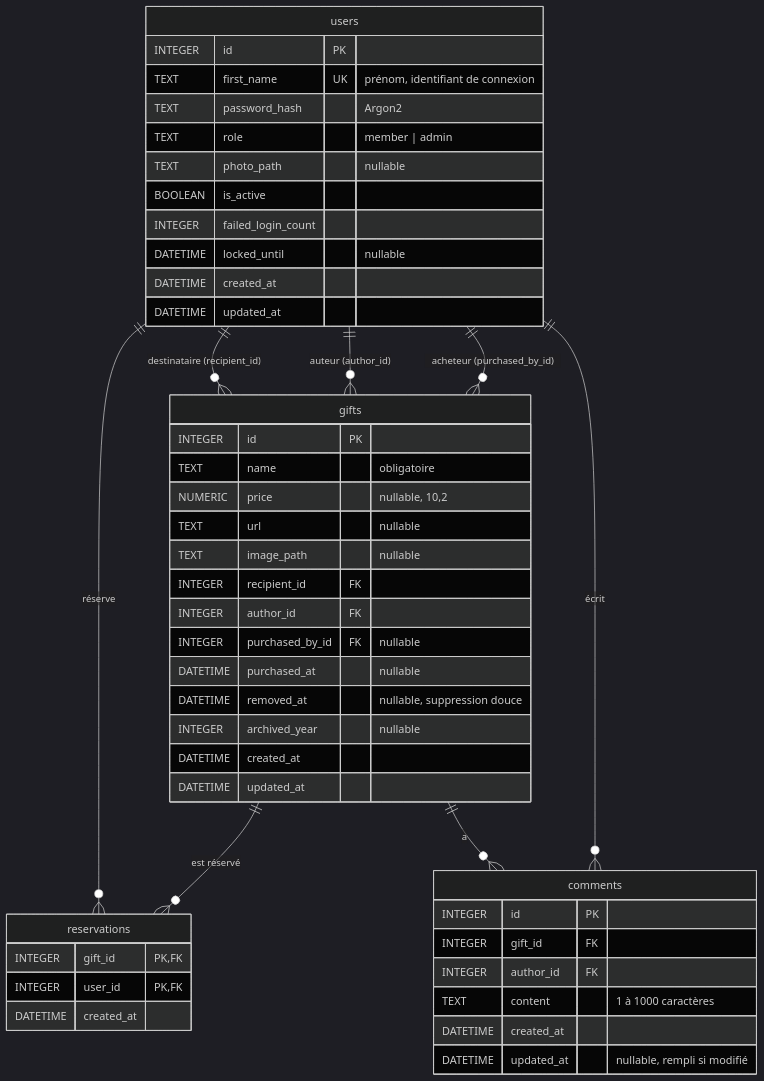
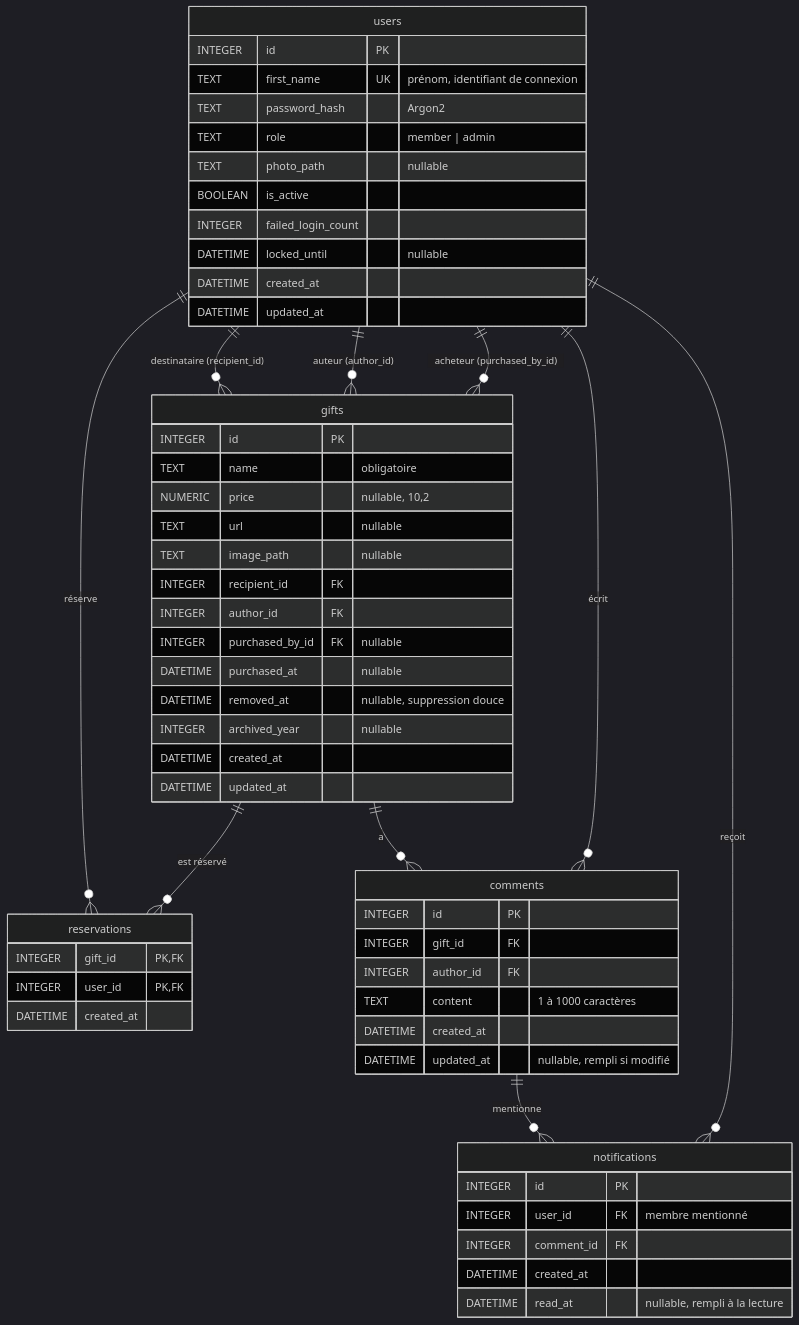
Before and after one commit to sogluk76/listeNoel: the diagram in docs/03-modele-donnees.md, drawn with Mermaid (dark theme). The commit also changed other lines of this file and 29 other files, not shown here.

````diff
--- a/docs/03-modele-donnees.md
+++ b/docs/03-modele-donnees.md
@@ -7,54 +7,64 @@
 ```mermaid
 erDiagram
     users ||--o{ gifts : "destinataire (recipient_id)"
     users ||--o{ gifts : "auteur (author_id)"
     users ||--o{ gifts : "acheteur (purchased_by_id)"
     users ||--o{ reservations : "réserve"
     gifts ||--o{ reservations : "est réservé"
     gifts ||--o{ comments : "a"
     users ||--o{ comments : "écrit"
+    comments ||--o{ notifications : "mentionne"
+    users ||--o{ notifications : "reçoit"
 
     users {
         INTEGER id PK
         TEXT first_name UK "prénom, identifiant de connexion"
         TEXT password_hash "Argon2"
         TEXT role "member | admin"
         TEXT photo_path "nullable"
         BOOLEAN is_active
         INTEGER failed_login_count
         DATETIME locked_until "nullable"
         DATETIME created_at
         DATETIME updated_at
     }
 
     gifts {
         INTEGER id PK
         TEXT name "obligatoire"
         NUMERIC price "nullable, 10,2"
         TEXT url "nullable"
         TEXT image_path "nullable"
         INTEGER recipient_id FK
         INTEGER author_id FK
         INTEGER purchased_by_id FK "nullable"
         DATETIME purchased_at "nullable"
         DATETIME removed_at "nullable, suppression douce"
         INTEGER archived_year "nullable"
         DATETIME created_at
         DATETIME updated_at
     }
 
     reservations {
         INTEGER gift_id PK, FK
         INTEGER user_id PK, FK
         DATETIME created_at
     }
 
     comments {
         INTEGER id PK
         INTEGER gift_id FK
         INTEGER author_id FK
         TEXT content "1 à 1000 caractères"
         DATETIME created_at
         DATETIME updated_at "nullable, rempli si modifié"
     }
+
+    notifications {
+        INTEGER id PK
+        INTEGER user_id FK "membre mentionné"
+        INTEGER comment_id FK
+        DATETIME created_at
+        DATETIME read_at "nullable, rempli à la lecture"
+    }
 ```
````
